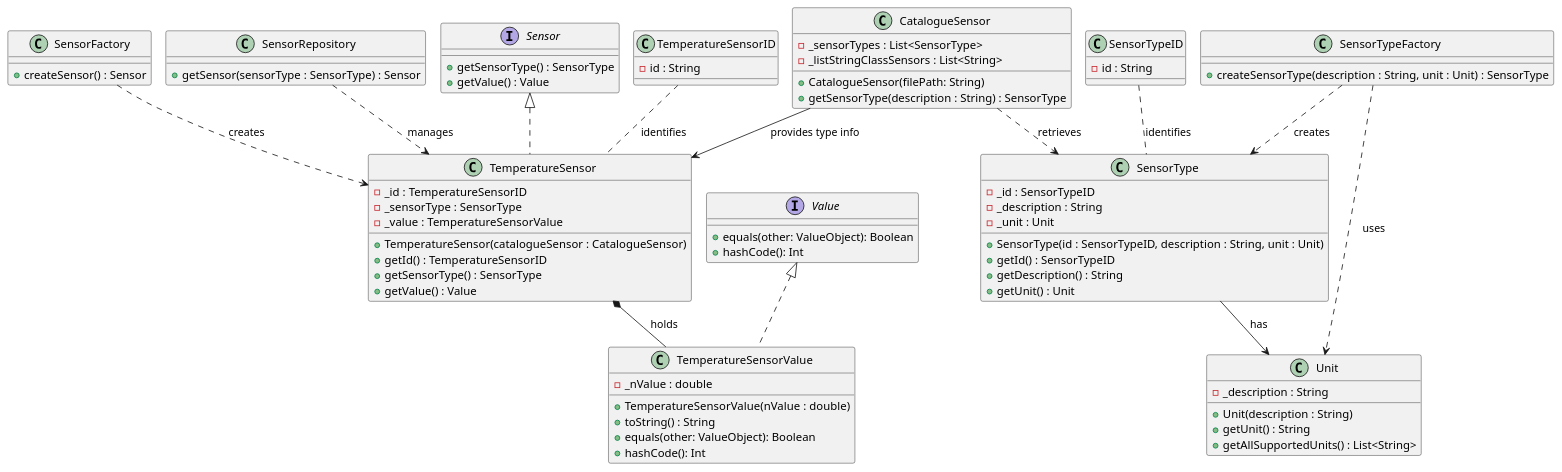
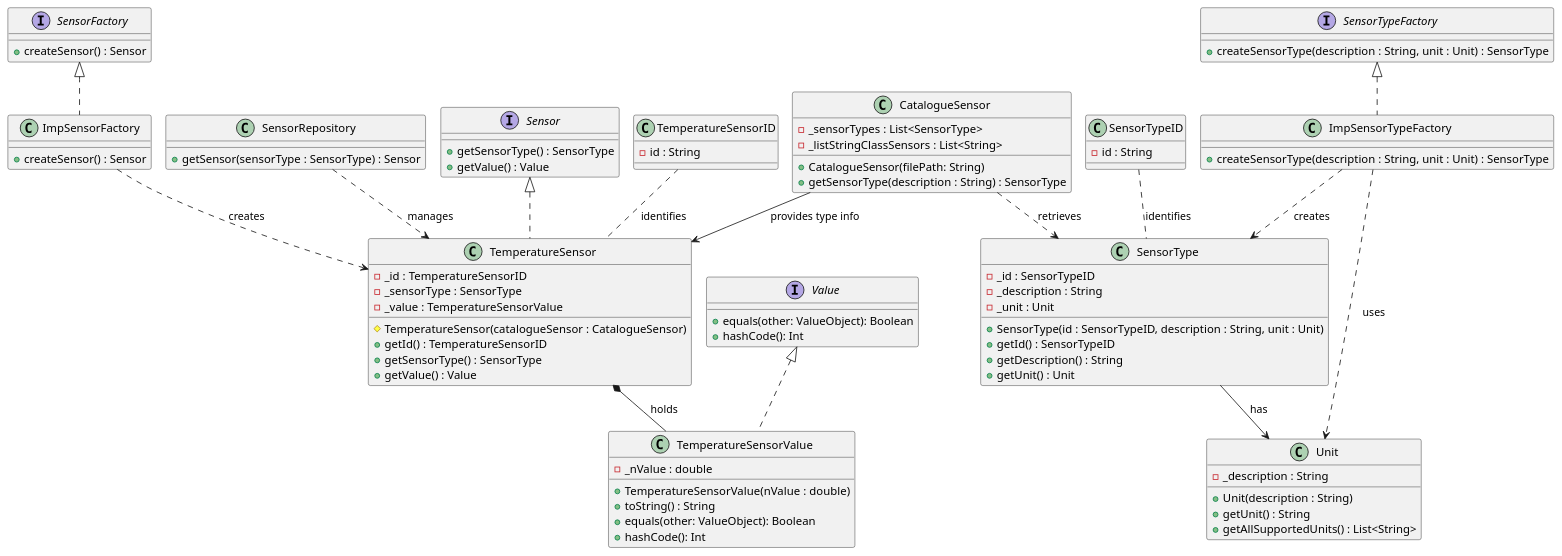
One commit to olivDiogo/SmartHome changed the diagram in docs/ood/classDiagram/US10TemperatureSensor.puml. Above: the diagram before and after it, drawn with PlantUML.

Commit message:
Update: add sensorFactory and sensorTypeFactory interfaces to US10 CD , addresses #106

```diff
--- a/docs/ood/classDiagram/US10TemperatureSensor.puml
+++ b/docs/ood/classDiagram/US10TemperatureSensor.puml
@@ -1,88 +1,96 @@
 @startuml
 !pragma layout smetana
 
 class TemperatureSensorID {
     - id : String
 }
 
 class SensorTypeID {
     - id : String
 }
 
 class TemperatureSensor implements Sensor {
     - _id : TemperatureSensorID
     - _sensorType : SensorType
     - _value : TemperatureSensorValue
-    + TemperatureSensor(catalogueSensor : CatalogueSensor)
+    # TemperatureSensor(catalogueSensor : CatalogueSensor)
     + getId() : TemperatureSensorID
     + getSensorType() : SensorType
     + getValue() : Value
 }
 
 class TemperatureSensorValue implements Value {
     - _nValue : double
     + TemperatureSensorValue(nValue : double)
     + toString() : String
     + equals(other: ValueObject): Boolean
     + hashCode(): Int
 }
 
 interface Sensor {
     + getSensorType() : SensorType
     + getValue() : Value
 }
 
 class SensorType {
     - _id : SensorTypeID
     - _description : String
     - _unit : Unit
     + SensorType(id : SensorTypeID, description : String, unit : Unit)
     + getId() : SensorTypeID
     + getDescription() : String
     + getUnit() : Unit
 }
 
-class SensorTypeFactory {
+class ImpSensorTypeFactory implements SensorTypeFactory{
+    + createSensorType(description : String, unit : Unit) : SensorType
+}
+
+interface SensorTypeFactory{
     + createSensorType(description : String, unit : Unit) : SensorType
 }
 
 class Unit {
     - _description : String
     + Unit(description : String)
     + getUnit() : String
     + getAllSupportedUnits() : List<String>
 }
 
 interface Value {
     + equals(other: ValueObject): Boolean
     + hashCode(): Int
 }
 
 class CatalogueSensor {
     - _sensorTypes : List<SensorType>
     - _listStringClassSensors : List<String>
     + CatalogueSensor(filePath: String)
     + getSensorType(description : String) : SensorType
 }
 
-class SensorFactory {
+class ImpSensorFactory implements SensorFactory {
+    + createSensor() : Sensor
+}
+
+interface SensorFactory {
     + createSensor() : Sensor
 }
 
 class SensorRepository {
     + getSensor(sensorType : SensorType) : Sensor
 }
 
 CatalogueSensor --> TemperatureSensor : provides type info >
 CatalogueSensor ..> SensorType : retrieves >
 SensorType --> Unit : has
-SensorFactory ..> TemperatureSensor : creates >
+ImpSensorFactory ..> TemperatureSensor : creates >
 SensorRepository ..> TemperatureSensor : manages >
-SensorTypeFactory ..> SensorType : creates >
-SensorTypeFactory ..> Unit : uses >
+ImpSensorTypeFactory ..> SensorType : creates >
+ImpSensorTypeFactory ..> Unit : uses >
 TemperatureSensorID .. TemperatureSensor : identifies >
 SensorTypeID .. SensorType : identifies >
 
 TemperatureSensor *-- TemperatureSensorValue : holds >
 
 @enduml
```
